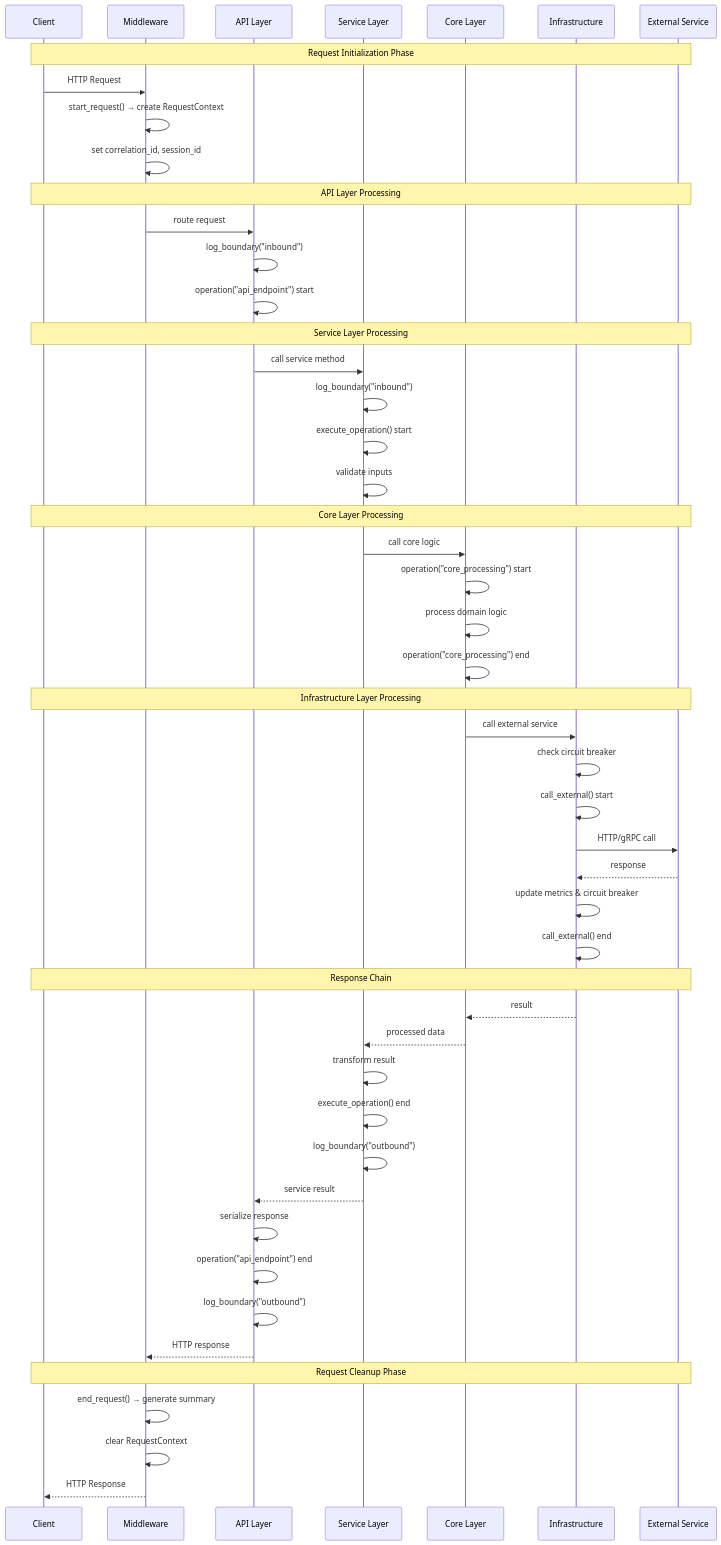
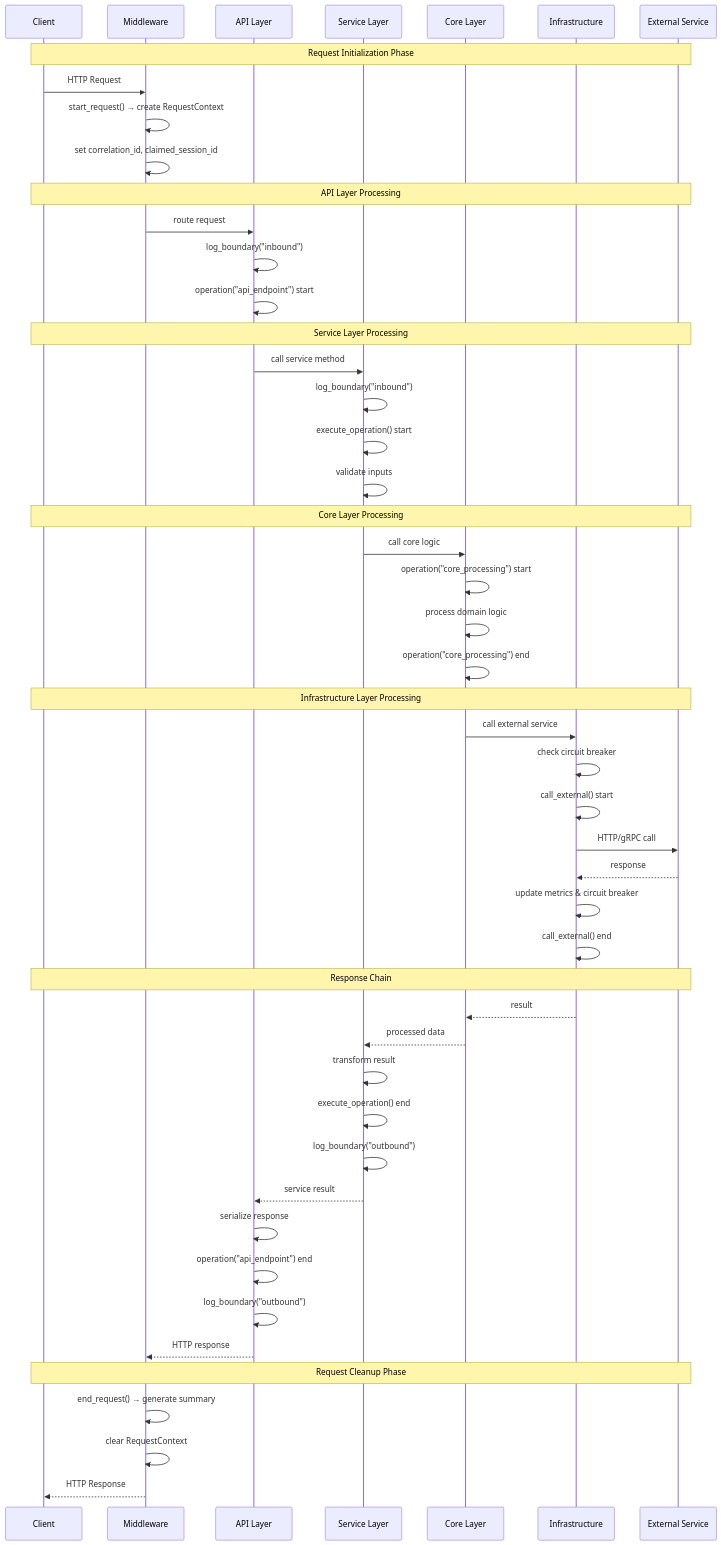
One commit to FaultMaven/faultmaven changed the fifth of 7 diagrams in docs/operations/monitoring/architecture.md. Above: the diagram before and after it, drawn with Mermaid. The commit also changed other lines of this file and 15 other files, not shown here.

````diff
--- a/docs/operations/monitoring/architecture.md
+++ b/docs/operations/monitoring/architecture.md
@@ -536,59 +536,59 @@
 ```mermaid
 sequenceDiagram
     participant Client
     participant MW as Middleware
     participant API as API Layer
     participant SVC as Service Layer
     participant CORE as Core Layer
     participant INFRA as Infrastructure
     participant EXT as External Service
 
     Note over Client,EXT: Request Initialization Phase
     Client->>MW: HTTP Request
     MW->>MW: start_request() → create RequestContext
-    MW->>MW: set correlation_id, session_id
+    MW->>MW: set correlation_id, claimed_session_id
 
     Note over Client,EXT: API Layer Processing
     MW->>API: route request
     API->>API: log_boundary("inbound")
     API->>API: operation("api_endpoint") start
 
     Note over Client,EXT: Service Layer Processing
     API->>SVC: call service method
     SVC->>SVC: log_boundary("inbound")
     SVC->>SVC: execute_operation() start
     SVC->>SVC: validate inputs
 
     Note over Client,EXT: Core Layer Processing
     SVC->>CORE: call core logic
     CORE->>CORE: operation("core_processing") start
     CORE->>CORE: process domain logic
     CORE->>CORE: operation("core_processing") end
 
     Note over Client,EXT: Infrastructure Layer Processing
     CORE->>INFRA: call external service
     INFRA->>INFRA: check circuit breaker
     INFRA->>INFRA: call_external() start
     INFRA->>EXT: HTTP/gRPC call
     EXT-->>INFRA: response
     INFRA->>INFRA: update metrics & circuit breaker
     INFRA->>INFRA: call_external() end
 
     Note over Client,EXT: Response Chain
     INFRA-->>CORE: result
     CORE-->>SVC: processed data
     SVC->>SVC: transform result
     SVC->>SVC: execute_operation() end
     SVC->>SVC: log_boundary("outbound")
     SVC-->>API: service result
 
     API->>API: serialize response
     API->>API: operation("api_endpoint") end
     API->>API: log_boundary("outbound")
     API-->>MW: HTTP response
 
     Note over Client,EXT: Request Cleanup Phase
     MW->>MW: end_request() → generate summary
     MW->>MW: clear RequestContext
     MW-->>Client: HTTP Response
 ```
````
